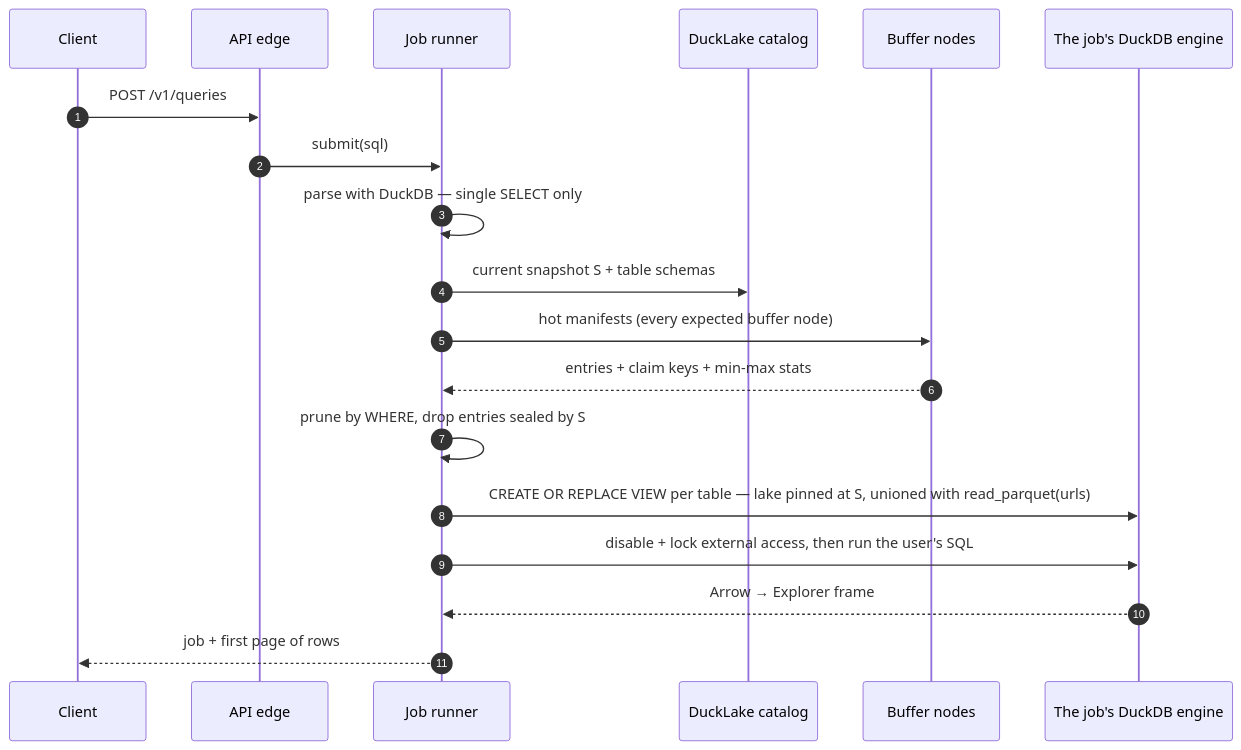
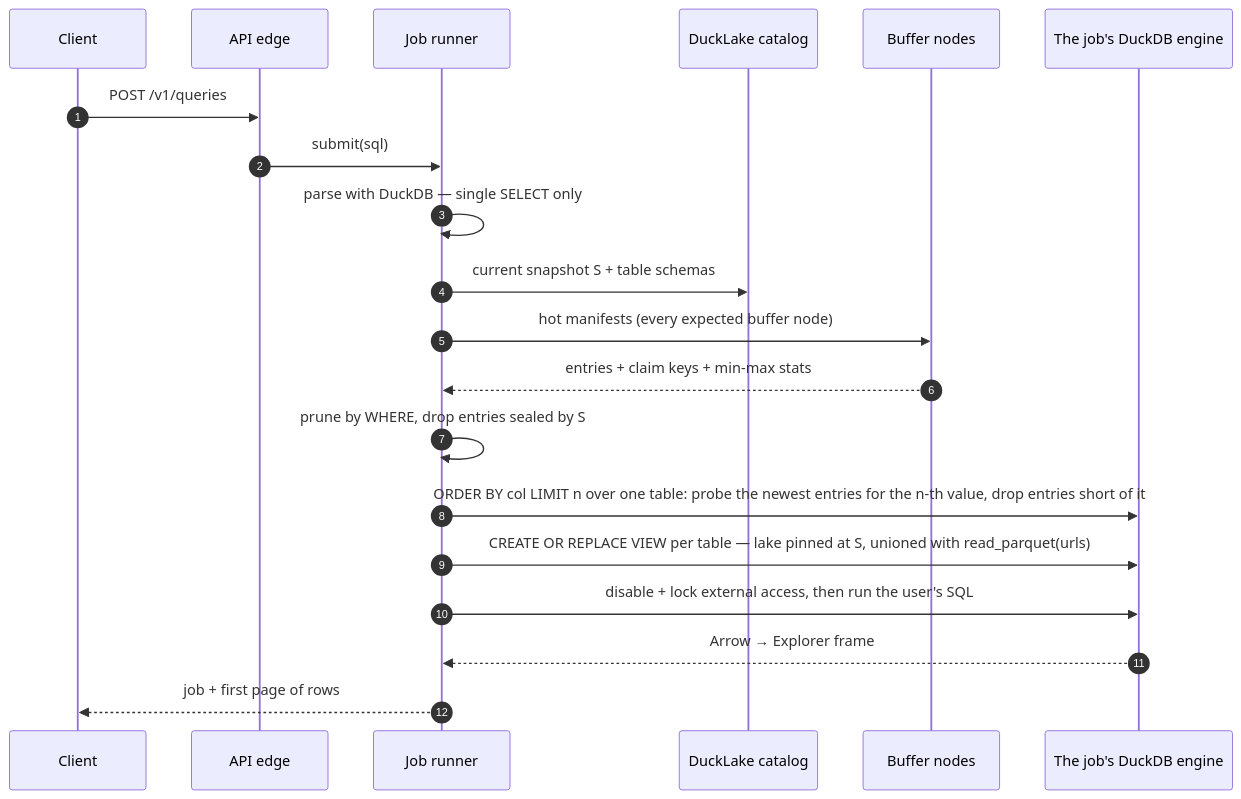
Before and after one commit to chasers/smolquery: the second of 2 diagrams in docs/architecture.md, drawn with Mermaid. The commit also changed other lines of this file and 10 other files, not shown here.

First line of the commit message:
Top-N bound, layer 2: probe the newest micro-segments at plan time (T-400) (#276)

````diff
--- a/docs/architecture.md
+++ b/docs/architecture.md
@@ -800,22 +800,23 @@
 ```mermaid
 sequenceDiagram
     autonumber
     participant C as Client
     participant A as API edge
     participant J as Job runner
     participant Cat as DuckLake catalog
     participant B as Buffer nodes
     participant E as The job's DuckDB engine
 
     C->>A: POST /v1/queries
     A->>J: submit(sql)
     J->>J: parse with DuckDB — single SELECT only
     J->>Cat: current snapshot S + table schemas
     J->>B: hot manifests (every expected buffer node)
     B-->>J: entries + claim keys + min-max stats
     J->>J: prune by WHERE, drop entries sealed by S
+    J->>E: ORDER BY col LIMIT n over one table: probe the newest entries for the n-th value, drop entries short of it
     J->>E: CREATE OR REPLACE VIEW per table — lake pinned at S, unioned with read_parquet(urls)
     J->>E: disable + lock external access, then run the user's SQL
     E-->>J: Arrow → Explorer frame
     J-->>C: job + first page of rows
 ```
````
